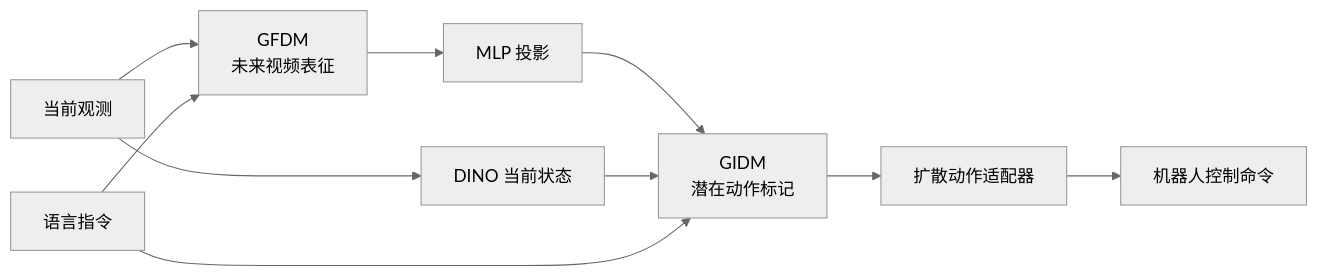
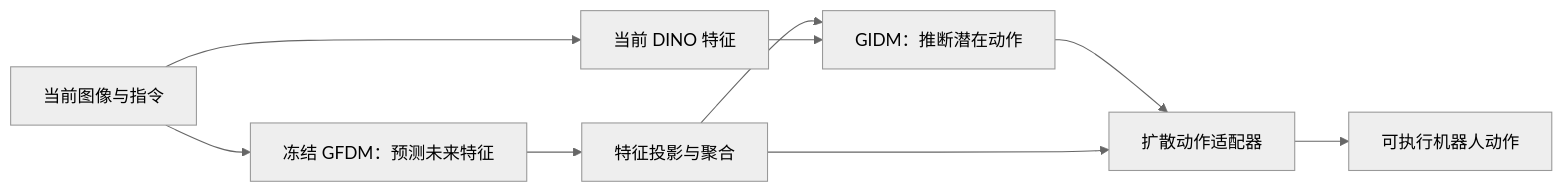
Before and after one commit to niuverse/llm-wiki: the diagram in wiki/sources/disentangled-robot-learning-via-separate-forward-and-inverse-dynamics-pretraining.md, drawn with Mermaid (neutral theme). The commit also changed other lines of this file and 317 other files, not shown here.

````diff
--- a/wiki/sources/disentangled-robot-learning-via-separate-forward-and-inverse-dynamics-pretraining.md
+++ b/wiki/sources/disentangled-robot-learning-via-separate-forward-and-inverse-dynamics-pretraining.md
@@ -44,12 +79,11 @@
 ```mermaid
 flowchart LR
-  O["当前观测"] --> G["GFDM<br/>未来视频表征"]
-  L["语言指令"] --> G
-  G --> P["MLP 投影"]
-  O --> D["DINO 当前状态"]
-  P --> I["GIDM<br/>潜在动作标记"]
-  D --> I
-  L --> I
+  O["当前图像与指令"] --> F["冻结 GFDM：预测未来特征"]
+  O --> C["当前 DINO 特征"]
+  F --> P["特征投影与聚合"]
+  P --> I["GIDM：推断潜在动作"]
+  C --> I
   I --> A["扩散动作适配器"]
-  A --> R["机器人控制命令"]
+  P --> A
+  A --> R["可执行机器人动作"]
 ```
````
